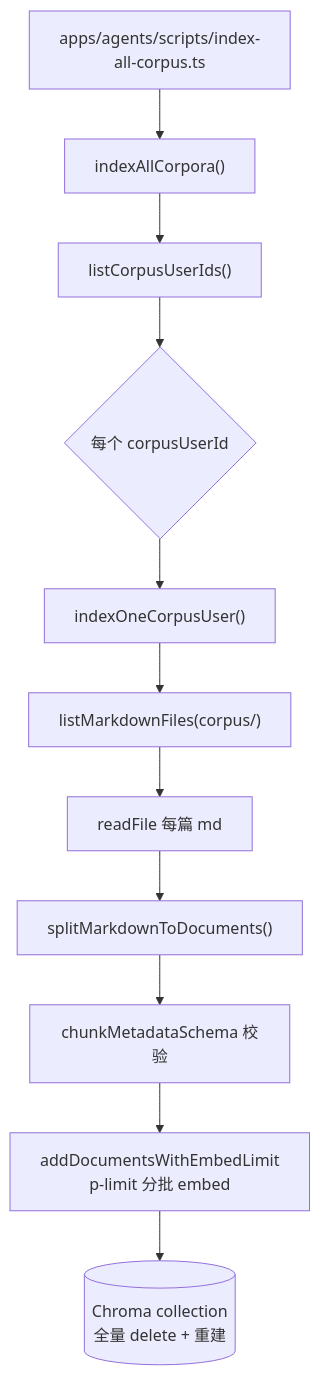
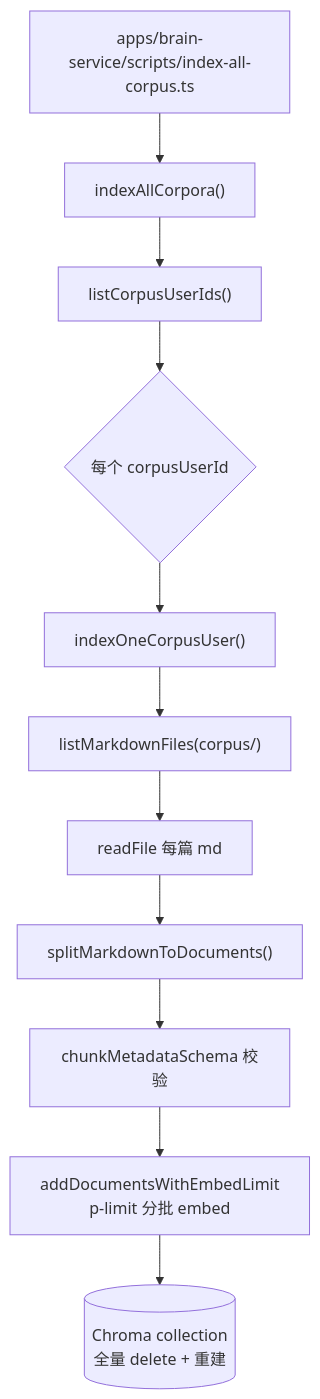
One commit to panzhanfei/fambrain-agents changed the third of 13 diagrams in docs/02-agent-flows.md. Above: the diagram before and after it, drawn with Mermaid. The commit also changed other lines of this file and 144 other files, not shown here.

````diff
--- a/docs/02-agent-flows.md
+++ b/docs/02-agent-flows.md
@@ -165,13 +165,13 @@
 ```mermaid
 flowchart TD
-  CLI["apps/agents/scripts/index-all-corpus.ts"] --> ALL["indexAllCorpora()"]
+  CLI["apps/brain-service/scripts/index-all-corpus.ts"] --> ALL["indexAllCorpora()"]
   ALL --> LISTU["listCorpusUserIds()"]
   LISTU --> LOOP{每个 corpusUserId}
   LOOP --> ONE["indexOneCorpusUser()"]
   ONE --> SCAN["listMarkdownFiles(corpus/)"]
   SCAN --> READ["readFile 每篇 md"]
   READ --> SPLIT["splitMarkdownToDocuments()"]
   SPLIT --> META["chunkMetadataSchema 校验"]
   META --> EMBED["addDocumentsWithEmbedLimit<br/>p-limit 分批 embed"]
   EMBED --> CHROMA[("Chroma collection<br/>全量 delete + 重建")]
 ```
````
